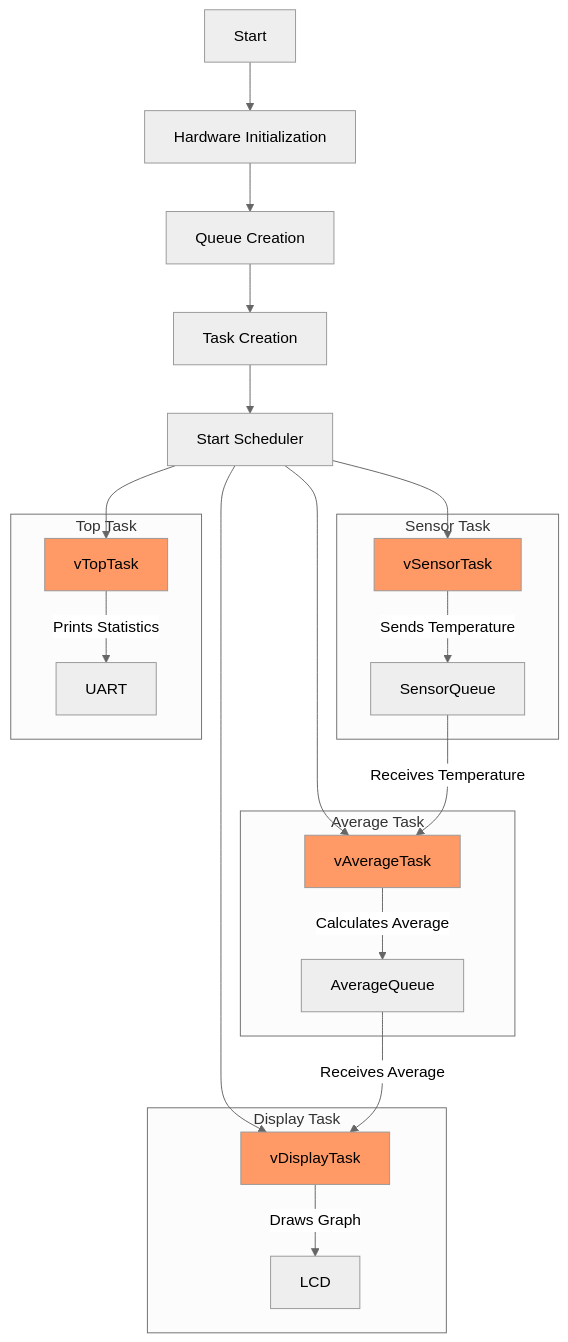
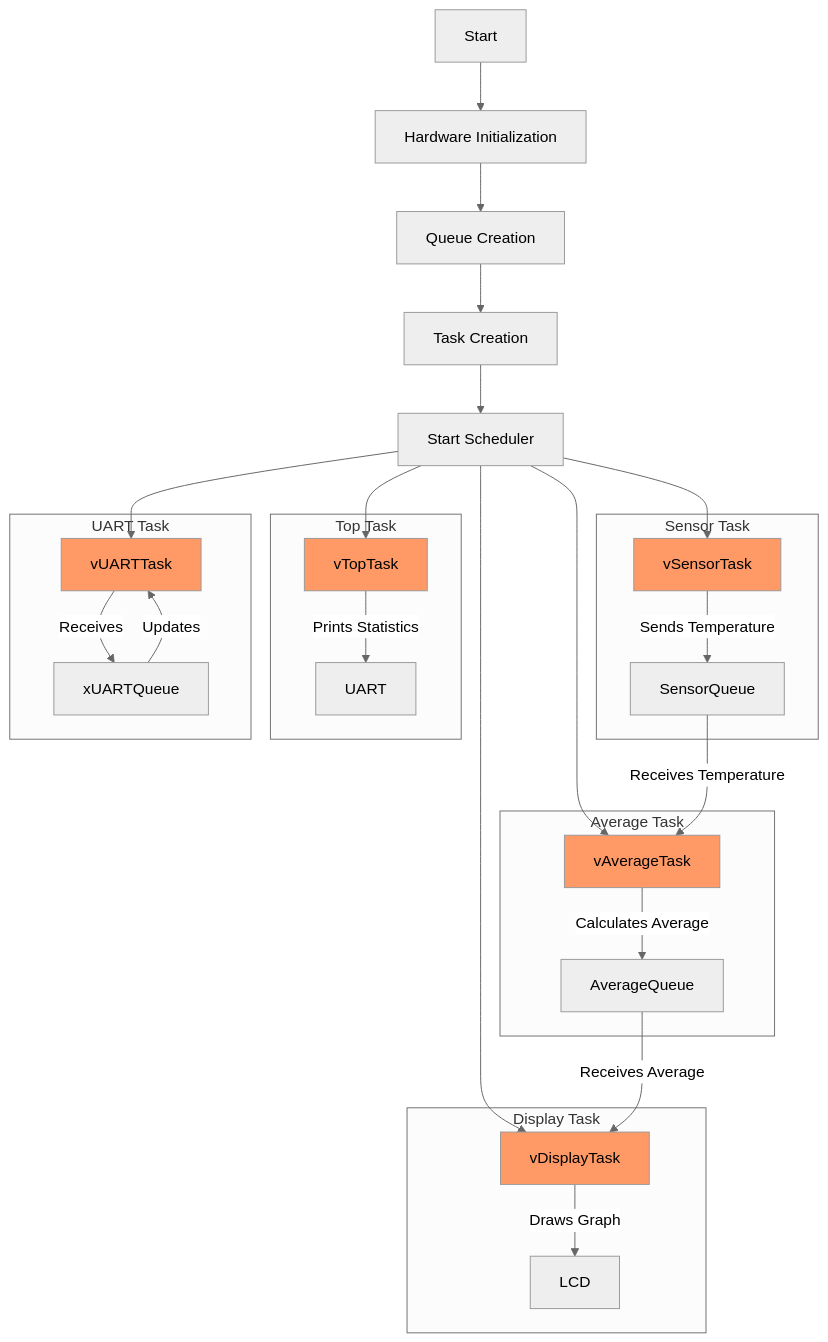
The second of 2 diagrams in README.md (manugcr/soii--freertos), drawn with Mermaid (neutral theme) before and after one commit. The commit also changed other lines of this file, not shown here.

````diff
--- a/README.md
+++ b/README.md
@@ -61,33 +61,40 @@
 ```mermaid
 flowchart TD
     A[Start] --> B[Hardware Initialization]
     B --> C[Queue Creation]
     C --> D[Task Creation]
     D --> E[Start Scheduler]
 
     E --> F[vSensorTask]
     E --> G[vAverageTask]
     E --> H[vDisplayTask]
     E --> I[vTopTask]
+    E --> J[vUARTTask]
 
     subgraph Sensor Task
         F --> |Sends Temperature| SensorQueue
     end
 
     subgraph Average Task
         SensorQueue --> |Receives Temperature| G
         G --> |Calculates Average| AverageQueue
     end
 
     subgraph Display Task
         AverageQueue --> |Receives Average| H
         H --> |Draws Graph| LCD
     end
 
     subgraph Top Task
         I --> |Prints Statistics| UART
     end
 
+    subgraph UART Task
+        J --> |Receives| xUARTQueue
+        xUARTQueue --> |Updates| J
+    end
+
     classDef task fill:#f96;
-    class F,G,H,I task;
+    class F,G,H,I,J task;
+
 ```
````
